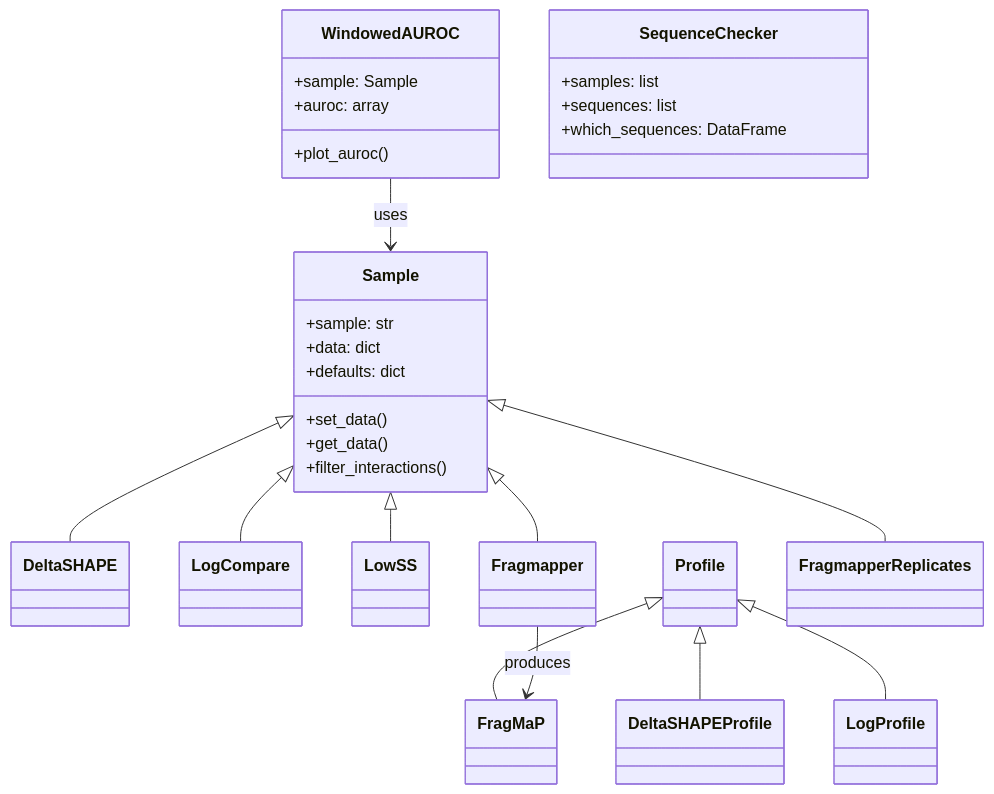
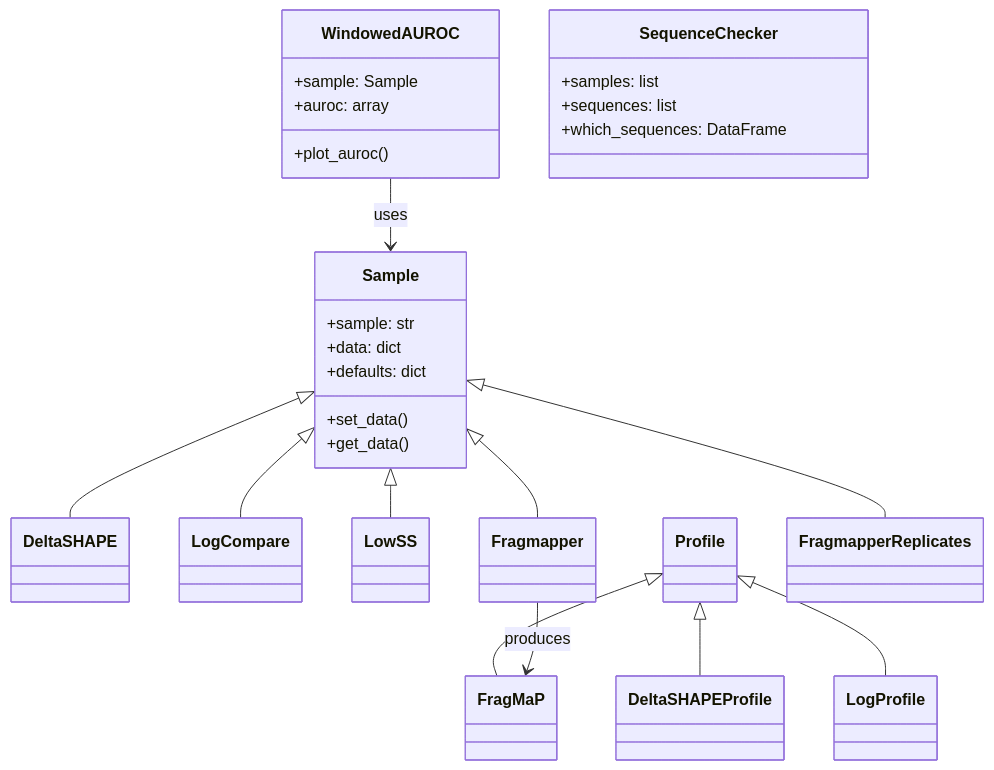
Before and after one commit to Weeks-UNC/RNAvigate: the fourth of 7 diagrams in ARCHITECTURE.md, drawn with Mermaid. The commit also changed other lines of this file and 9 other files, not shown here.

Commit message:
feat: wires filtering into plot_* via resolve_data(), removes Sample.filter_interactions()

````diff
--- a/ARCHITECTURE.md
+++ b/ARCHITECTURE.md
@@ -592,45 +593,44 @@
 ```mermaid
 classDiagram
     class Sample {
         +sample: str
         +data: dict
         +defaults: dict
         +set_data()
         +get_data()
-        +filter_interactions()
     }
 
     class DeltaSHAPE
     class LogCompare
     class LowSS
 
     class Profile
     class FragMaP
 
     class WindowedAUROC {
         +sample: Sample
         +auroc: array
         +plot_auroc()
     }
 
     class SequenceChecker {
         +samples: list
         +sequences: list
         +which_sequences: DataFrame
     }
 
     class Fragmapper
     class FragmapperReplicates
     class LogProfile
 
     Sample <|-- DeltaSHAPE
     Sample <|-- LogCompare
     Sample <|-- LowSS
     Sample <|-- Fragmapper
     Sample <|-- FragmapperReplicates
     Profile <|-- FragMaP
     Profile <|-- DeltaSHAPEProfile
     Profile <|-- LogProfile
     WindowedAUROC --> Sample : uses
     Fragmapper --> FragMaP : produces
 ```
````
